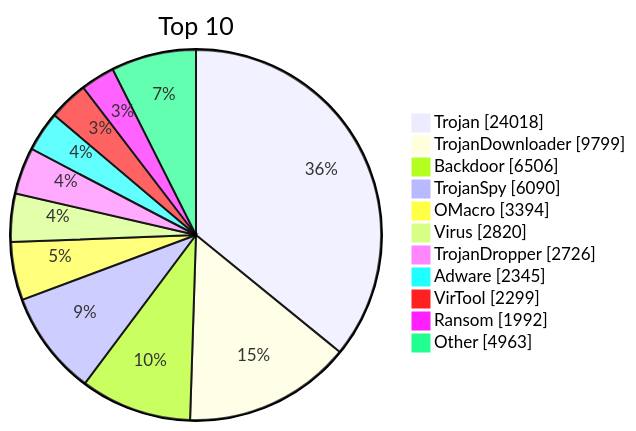
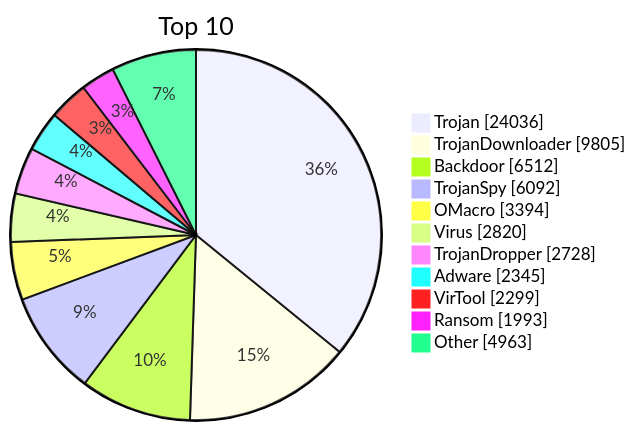
The diagram in README.md (JerryLinLinLin/huorong-virdb-changelog), drawn with Mermaid before and after one commit. The commit also changed other lines of this file and 15 other files, not shown here.

````diff
--- a/README.md
+++ b/README.md
@@ -19,15 +19,15 @@
 ```mermaid
 pie showData
     title Top 10
-    "Trojan" : 24018
-    "TrojanDownloader" : 9799
-    "Backdoor" : 6506
-    "TrojanSpy" : 6090
+    "Trojan" : 24036
+    "TrojanDownloader" : 9805
+    "Backdoor" : 6512
+    "TrojanSpy" : 6092
     "OMacro" : 3394
     "Virus" : 2820
-    "TrojanDropper" : 2726
+    "TrojanDropper" : 2728
     "Adware" : 2345
     "VirTool" : 2299
-    "Ransom" : 1992
+    "Ransom" : 1993
     "Other" : 4963
 ```
````
